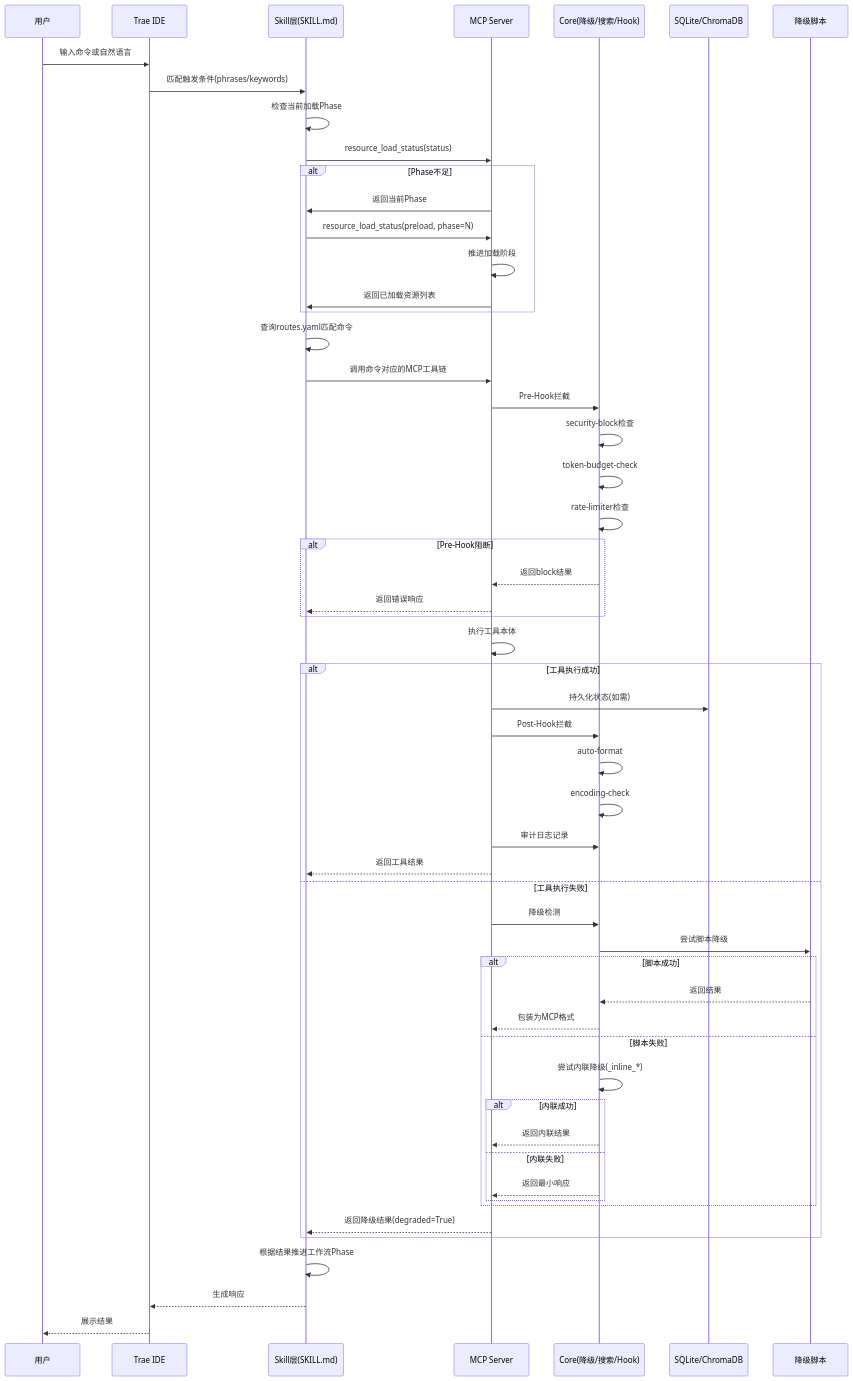
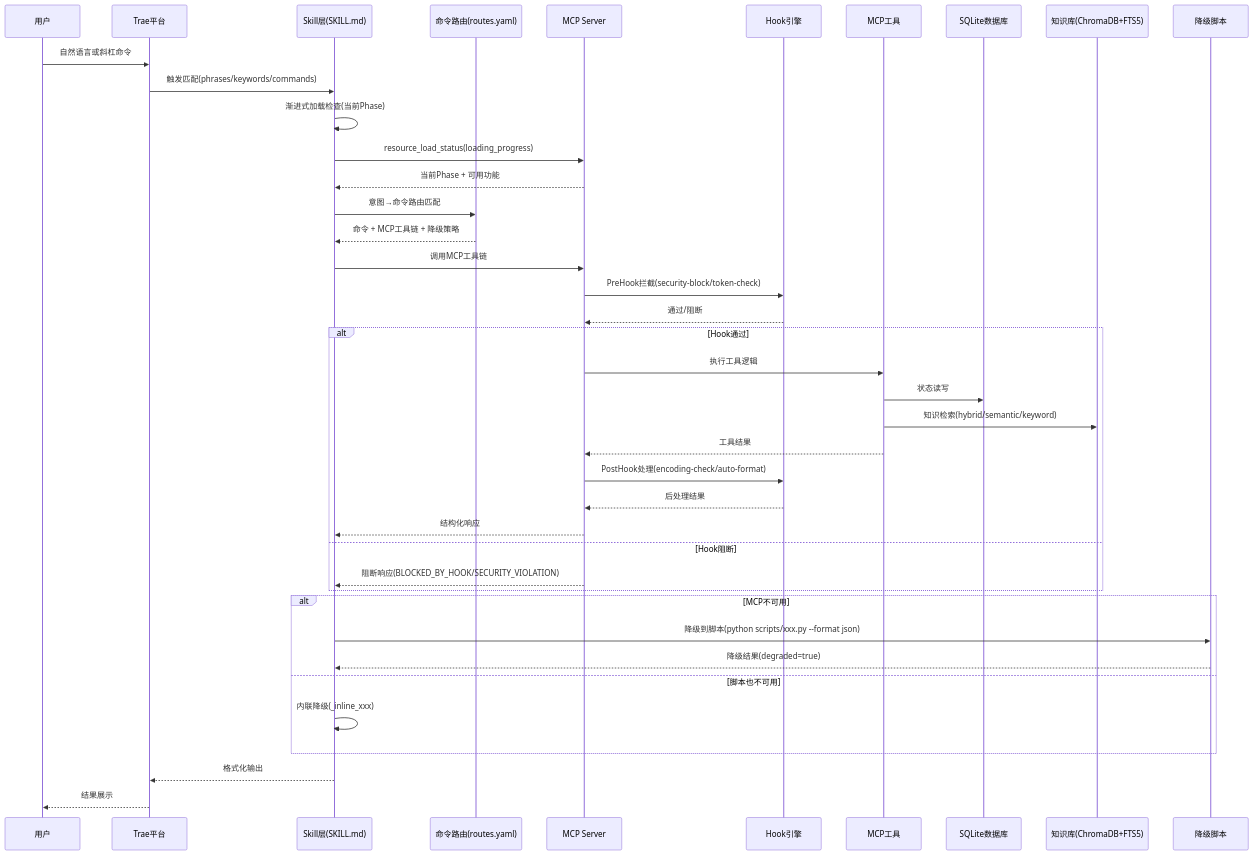
Before and after one commit to xuanyuanchumo/xuansto: the first of 5 diagrams in docs/plan/ARCHITECTURE.md, drawn with Mermaid. The commit also changed other lines of this file and 34 other files, not shown here.

````diff
--- a/docs/plan/ARCHITECTURE.md
+++ b/docs/plan/ARCHITECTURE.md
@@ -355,65 +453,50 @@
 ```mermaid
 sequenceDiagram
     participant User as 用户
-    participant Trae as Trae IDE
+    participant Trae as Trae平台
     participant Skill as Skill层(SKILL.md)
+    participant Router as 命令路由(routes.yaml)
     participant MCP as MCP Server
-    participant Core as Core(降级/搜索/Hook)
-    participant DB as SQLite/ChromaDB
+    participant Hook as Hook引擎
+    participant Tool as MCP工具
+    participant DB as SQLite数据库
+    participant KB as 知识库(ChromaDB+FTS5)
     participant Script as 降级脚本
 
-    User->>Trae: 输入命令或自然语言
-    Trae->>Skill: 匹配触发条件(phrases/keywords)
-    Skill->>Skill: 检查当前加载Phase
-    Skill->>MCP: resource_load_status(status)
+    User->>Trae: 自然语言或斜杠命令
+    Trae->>Skill: 触发匹配(phrases/keywords/commands)
 
-    alt Phase不足
-        MCP->>Skill: 返回当前Phase
-        Skill->>MCP: resource_load_status(preload, phase=N)
-        MCP->>MCP: 推进加载阶段
-        MCP->>Skill: 返回已加载资源列表
+    Skill->>Skill: 渐进式加载检查(当前Phase)
+    Skill->>MCP: resource_load_status(loading_progress)
+    MCP-->>Skill: 当前Phase + 可用功能
+
+    Skill->>Router: 意图→命令路由匹配
+    Router-->>Skill: 命令 + MCP工具链 + 降级策略
+
+    Skill->>MCP: 调用MCP工具链
+
+    MCP->>Hook: PreHook拦截(security-block/token-check)
+    Hook-->>MCP: 通过/阻断
+
+    alt Hook通过
+        MCP->>Tool: 执行工具逻辑
+        Tool->>DB: 状态读写
+        Tool->>KB: 知识检索(hybrid/semantic/keyword)
+        Tool-->>MCP: 工具结果
+        MCP->>Hook: PostHook处理(encoding-check/auto-format)
+        Hook-->>MCP: 后处理结果
+        MCP-->>Skill: 结构化响应
+    else Hook阻断
+        MCP-->>Skill: 阻断响应(BLOCKED_BY_HOOK/SECURITY_VIOLATION)
     end
 
-    Skill->>Skill: 查询routes.yaml匹配命令
-    Skill->>MCP: 调用命令对应的MCP工具链
-
-    MCP->>Core: Pre-Hook拦截
-    Core->>Core: security-block检查
-    Core->>Core: token-budget-check
-    Core->>Core: rate-limiter检查
-
-    alt Pre-Hook阻断
-        Core-->>MCP: 返回block结果
-        MCP-->>Skill: 返回错误响应
+    alt MCP不可用
+        Skill->>Script: 降级到脚本(python scripts/xxx.py --format json)
+        Script-->>Skill: 降级结果(degraded=true)
+    else 脚本也不可用
+        Skill->>Skill: 内联降级(_inline_xxx)
     end
 
-    MCP->>MCP: 执行工具本体
-
-    alt 工具执行成功
-        MCP->>DB: 持久化状态(如需)
-        MCP->>Core: Post-Hook拦截
-        Core->>Core: auto-format
-        Core->>Core: encoding-check
-        MCP->>Core: 审计日志记录
-        MCP-->>Skill: 返回工具结果
-    else 工具执行失败
-        MCP->>Core: 降级检测
-        Core->>Script: 尝试脚本降级
-        alt 脚本成功
-            Script-->>Core: 返回结果
-            Core-->>MCP: 包装为MCP格式
-        else 脚本失败
-            Core->>Core: 尝试内联降级(_inline_*)
-            alt 内联成功
-                Core-->>MCP: 返回内联结果
-            else 内联失败
-                Core-->>MCP: 返回最小响应
-            end
-        end
-        MCP-->>Skill: 返回降级结果(degraded=True)
-    end
-
-    Skill->>Skill: 根据结果推进工作流Phase
-    Skill-->>Trae: 生成响应
-    Trae-->>User: 展示结果
+    Skill-->>Trae: 格式化输出
+    Trae-->>User: 结果展示
 ```
````
